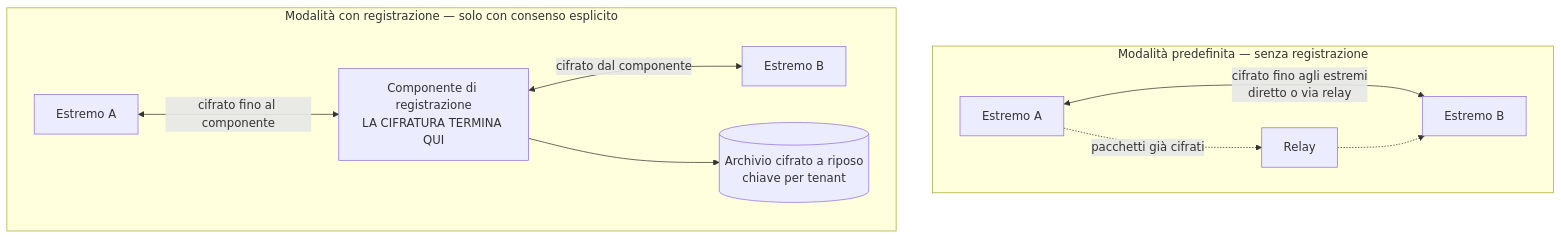
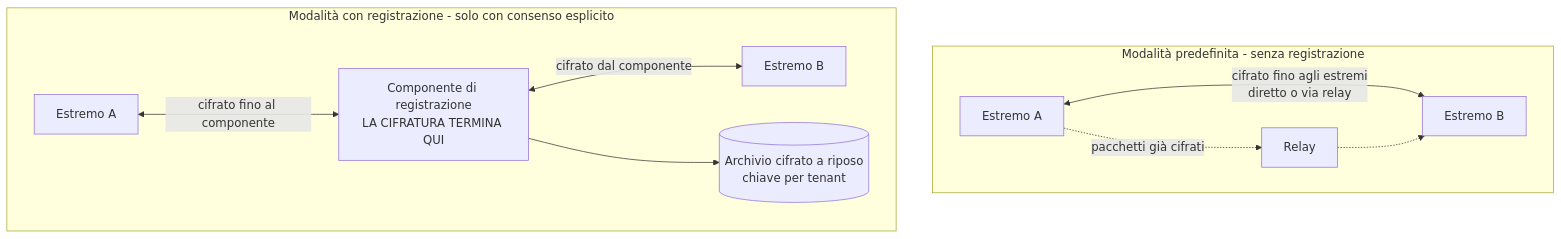
The diagram in docs/06_security/05-sicurezza-del-tempo-reale.md (fedcal/Telemedic), drawn with Mermaid before and after one commit. The commit also changed other lines of this file and 301 other files, not shown here.

````diff
--- a/docs/06_security/05-sicurezza-del-tempo-reale.md
+++ b/docs/06_security/05-sicurezza-del-tempo-reale.md
@@ -277,14 +277,14 @@
 ```mermaid
 flowchart TB
-    subgraph M1["Modalità predefinita — senza registrazione"]
+    subgraph M1["Modalità predefinita - senza registrazione"]
         A1["Estremo A"] <-->|"cifrato fino agli estremi<br/>diretto o via relay"| B1["Estremo B"]
         R1["Relay"]
         A1 -.->|"pacchetti già cifrati"| R1
         R1 -.-> B1
     end
-    subgraph M2["Modalità con registrazione — solo con consenso esplicito"]
+    subgraph M2["Modalità con registrazione - solo con consenso esplicito"]
         A2["Estremo A"] <-->|"cifrato fino al componente"| C2["Componente di registrazione<br/>LA CIFRATURA TERMINA QUI"]
         C2 <-->|"cifrato dal componente"| B2["Estremo B"]
         C2 --> S2[("Archivio cifrato a riposo<br/>chiave per tenant")]
     end
 ```
````
